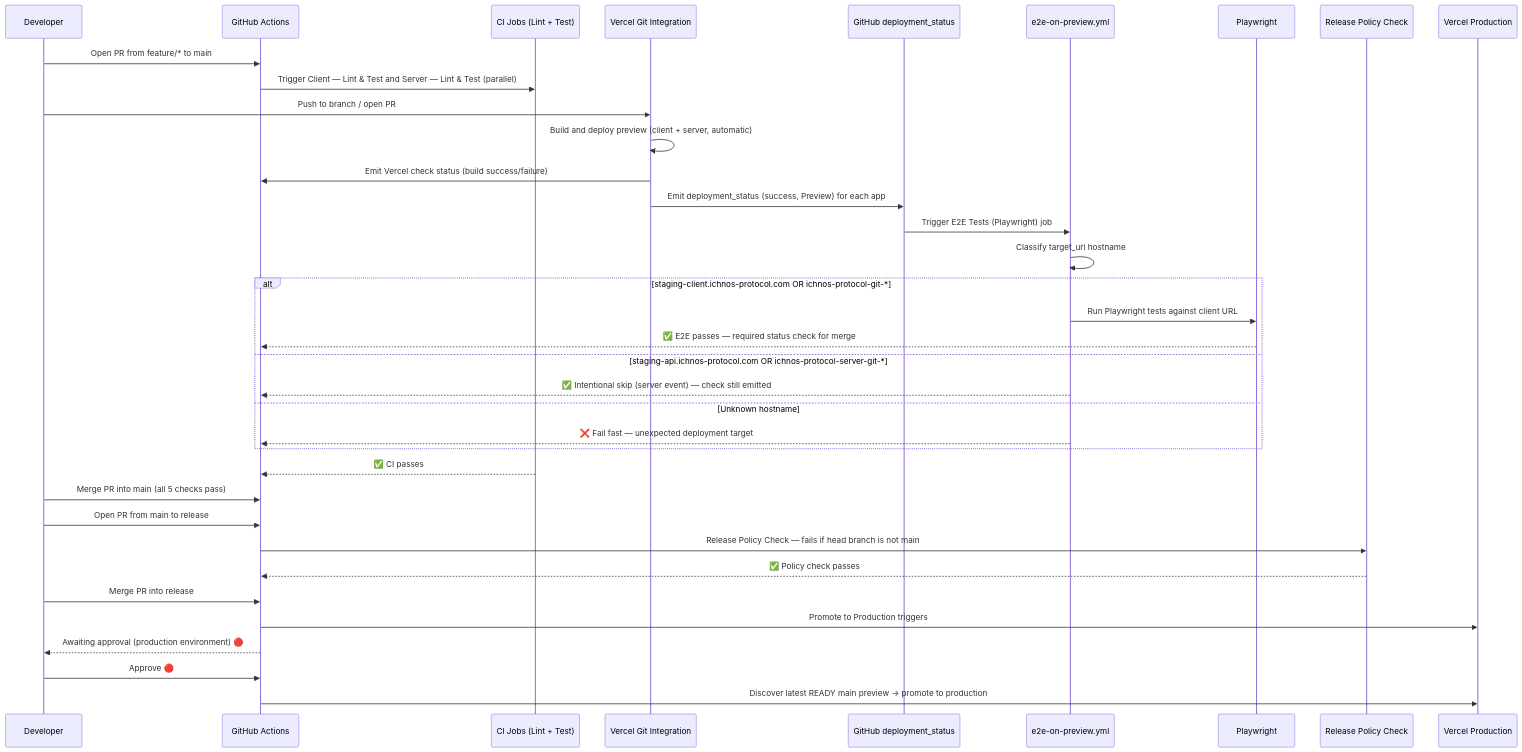
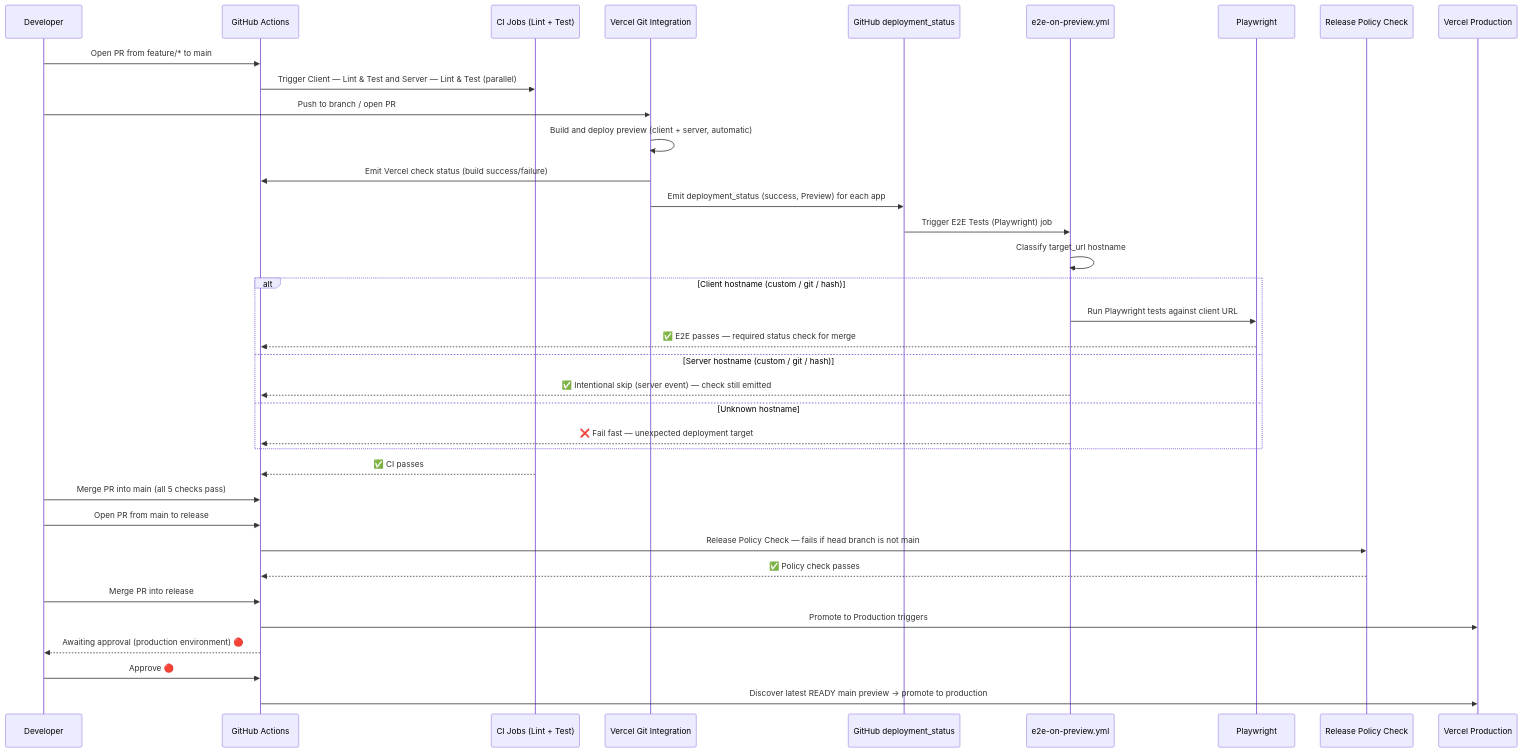
One commit to Khorolev/Ichnos_Protocol changed the diagram in DEPLOYMENT_GITHUB_ACTIONS.md. Above: the diagram before and after it, drawn with Mermaid. The commit also changed other lines of this file and 2 other files, not shown here.

````diff
--- a/DEPLOYMENT_GITHUB_ACTIONS.md
+++ b/DEPLOYMENT_GITHUB_ACTIONS.md
@@ -7,40 +7,40 @@
 ```mermaid
 sequenceDiagram
     participant Dev as Developer
     participant GH as GitHub Actions
     participant CI as CI Jobs (Lint + Test)
     participant Vercel as Vercel Git Integration
     participant DS as GitHub deployment_status
     participant E2E as e2e-on-preview.yml
     participant PW as Playwright
     participant RPC as Release Policy Check
     participant Prod as Vercel Production
 
     Dev->>GH: Open PR from feature/* to main
     GH->>CI: Trigger Client — Lint & Test and Server — Lint & Test (parallel)
     Dev->>Vercel: Push to branch / open PR
     Vercel->>Vercel: Build and deploy preview (client + server, automatic)
     Vercel->>GH: Emit Vercel check status (build success/failure)
     Vercel->>DS: Emit deployment_status (success, Preview) for each app
     DS->>E2E: Trigger E2E Tests (Playwright) job
     E2E->>E2E: Classify target_url hostname
-    alt staging-client.ichnos-protocol.com OR ichnos-protocol-git-*
+    alt Client hostname (custom / git / hash)
         E2E->>PW: Run Playwright tests against client URL
         PW-->>GH: ✅ E2E passes — required status check for merge
-    else staging-api.ichnos-protocol.com OR ichnos-protocol-server-git-*
+    else Server hostname (custom / git / hash)
         E2E-->>GH: ✅ Intentional skip (server event) — check still emitted
     else Unknown hostname
         E2E-->>GH: ❌ Fail fast — unexpected deployment target
     end
     CI-->>GH: ✅ CI passes
     Dev->>GH: Merge PR into main (all 5 checks pass)
 
     Dev->>GH: Open PR from main to release
     GH->>RPC: Release Policy Check — fails if head branch is not main
     RPC-->>GH: ✅ Policy check passes
     Dev->>GH: Merge PR into release
     GH->>Prod: Promote to Production triggers
     GH-->>Dev: Awaiting approval (production environment) 🔴
     Dev->>GH: Approve 🔴
     GH->>Prod: Discover latest READY main preview → promote to production
 ```
````
